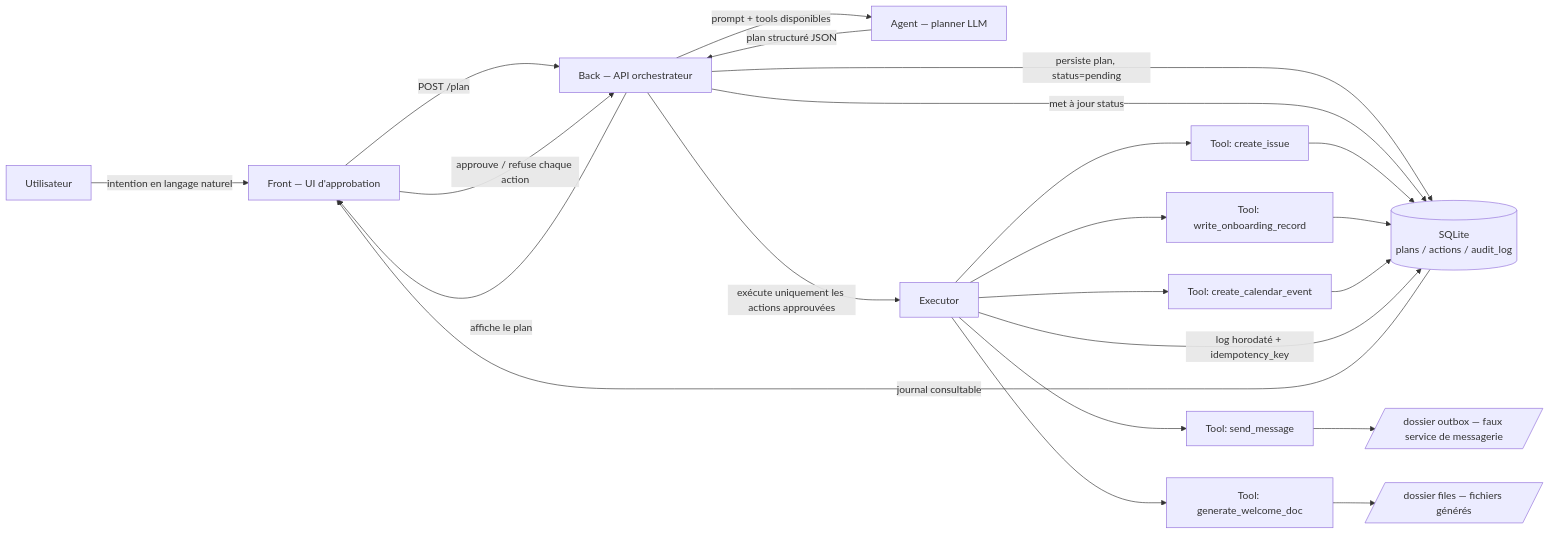
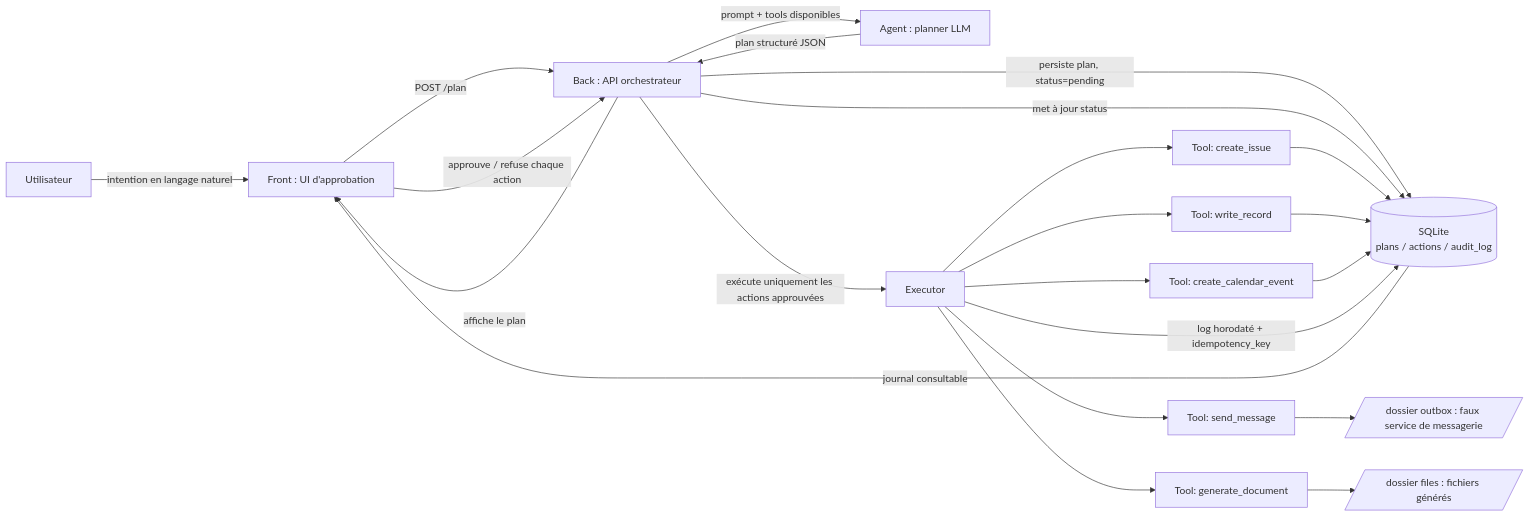
The diagram in SPEC.md (nohamoulma-hub/Holberton-school-Hackathon-Le_Bras), drawn with Mermaid before and after one commit. The commit also changed other lines of this file, not shown here.

````diff
--- a/SPEC.md
+++ b/SPEC.md
@@ -27,22 +28,22 @@
 ```mermaid
 flowchart LR
-    U[Utilisateur] -->|intention en langage naturel| FRONT[Front — UI d'approbation]
-    FRONT -->|POST /plan| API[Back — API orchestrateur]
-    API -->|prompt + tools disponibles| AGENT[Agent — planner LLM]
+    U[Utilisateur] -->|intention en langage naturel| FRONT[Front : UI d'approbation]
+    FRONT -->|POST /plan| API[Back : API orchestrateur]
+    API -->|prompt + tools disponibles| AGENT[Agent : planner LLM]
     AGENT -->|plan structuré JSON| API
     API -->|persiste plan, status=pending| DB[(SQLite\nplans / actions / audit_log)]
     API -->|affiche le plan| FRONT
     FRONT -->|approuve / refuse chaque action| API
     API -->|met à jour status| DB
     API -->|exécute uniquement les actions approuvées| EXEC[Executor]
     EXEC --> T1[Tool: create_issue]
     EXEC --> T2[Tool: send_message]
-    EXEC --> T3[Tool: write_onboarding_record]
-    EXEC --> T4[Tool: generate_welcome_doc]
+    EXEC --> T3[Tool: write_record]
+    EXEC --> T4[Tool: generate_document]
     EXEC --> T5[Tool: create_calendar_event]
     T1 & T3 & T5 --> DB
-    T2 --> OUTBOX[/dossier outbox — faux service de messagerie/]
-    T4 --> FILES[/dossier files — fichiers générés/]
+    T2 --> OUTBOX[/dossier outbox : faux service de messagerie/]
+    T4 --> FILES[/dossier files : fichiers générés/]
     EXEC -->|log horodaté + idempotency_key| DB
     DB -->|journal consultable| FRONT
 ```
````
